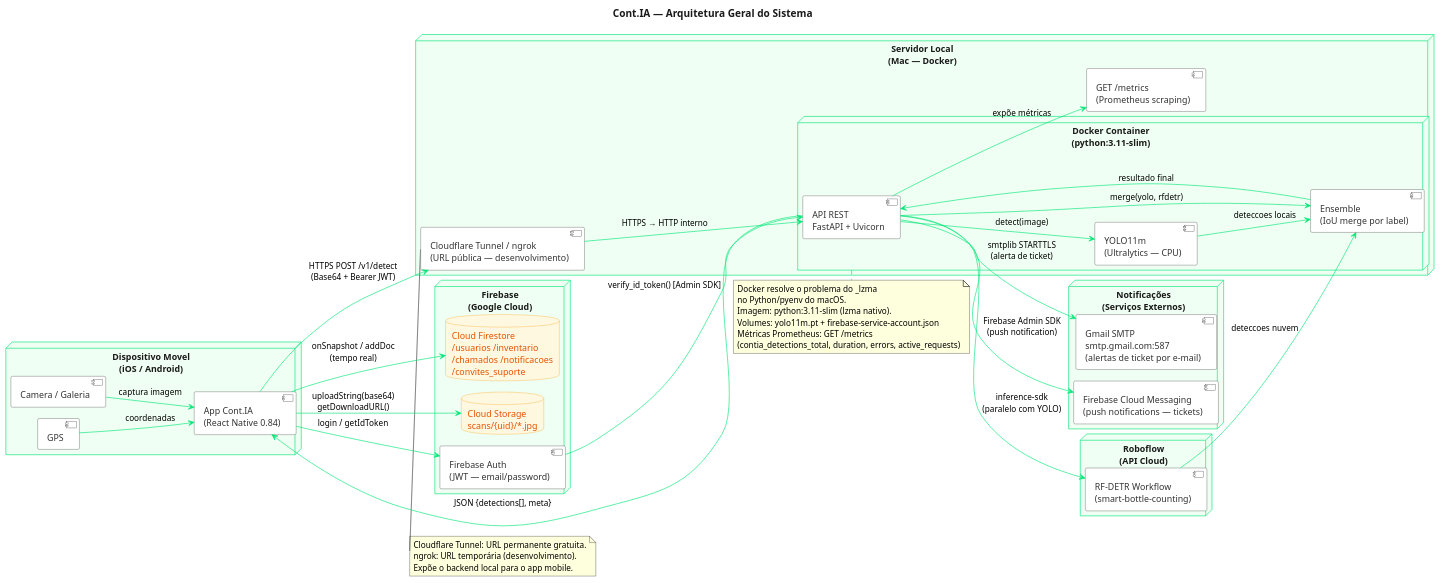
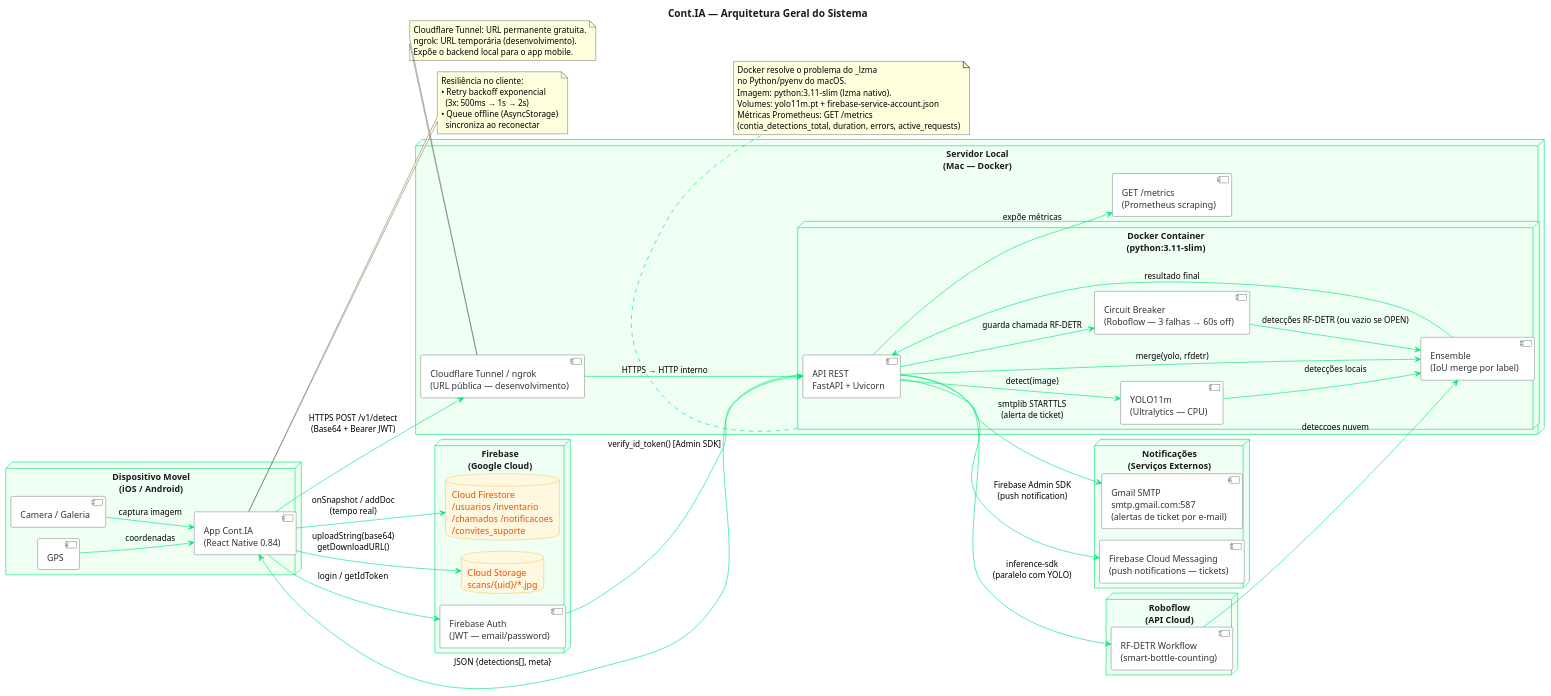
Before and after one commit to JuBertoldo/cont-ia: the diagram in docs/diagramas/07_arquitetura.puml, drawn with PlantUML. The commit also changed 9 other files, not shown here.

First line of the commit message:
feat: resiliência de nível produção — retry, offline queue, circuit breaker e índices

```diff
--- a/docs/diagramas/07_arquitetura.puml
+++ b/docs/diagramas/07_arquitetura.puml
@@ -1,106 +1,117 @@
 @startuml 07_arquitetura
 !pragma layout smetana
 title Cont.IA — Arquitetura Geral do Sistema
 
 skinparam backgroundColor #FFFFFF
 skinparam nodeBackgroundColor #F0FFF4
 skinparam nodeBorderColor #00E676
 skinparam nodeFontColor #1A1A1A
 skinparam componentBackgroundColor #FFFFFF
 skinparam componentBorderColor #333333
 skinparam componentFontColor #333333
 skinparam arrowColor #00E676
 skinparam titleFontColor #1A1A1A
 skinparam titleFontSize 16
 skinparam databaseBackgroundColor #FFF8E1
 skinparam databaseBorderColor #F59E0B
 skinparam databaseFontColor #E65100
 
 left to right direction
 
 ' ── App Mobile ───────────────────────────────────────────────────────────────
 
 node "Dispositivo Movel\n(iOS / Android)" as MOBILE {
     component "App Cont.IA\n(React Native 0.84)" as APP
     component "Camera / Galeria" as CAM
     component "GPS" as GPS
     CAM --> APP : captura imagem
     GPS --> APP : coordenadas
 }
 
 ' ── Infraestrutura do Backend ────────────────────────────────────────────────
 
 node "Servidor Local\n(Mac — Docker)" as SERVER {
 
     node "Docker Container\n(python:3.11-slim)" as DOCKER {
         component "API REST\nFastAPI + Uvicorn" as API
         component "YOLO11m\n(Ultralytics — CPU)" as YOLO
         component "Ensemble\n(IoU merge por label)" as NMS
+        component "Circuit Breaker\n(Roboflow — 3 falhas → 60s off)" as CB
 
         API --> YOLO : detect(image)
+        API --> CB : guarda chamada RF-DETR
+        CB --> NMS : detecções RF-DETR (ou vazio se OPEN)
         API --> NMS : merge(yolo, rfdetr)
-        YOLO --> NMS : deteccoes locais
+        YOLO --> NMS : detecções locais
     }
 
     component "Cloudflare Tunnel / ngrok\n(URL pública — desenvolvimento)" as TUNNEL
     component "GET /metrics\n(Prometheus scraping)" as METRICS
     TUNNEL --> API : HTTPS → HTTP interno
     API --> METRICS : expõe métricas
 }
 
 ' ── Servicos de Notificacao (externos, acionados pelo backend) ───────────────
 
 node "Notificações\n(Serviços Externos)" as NOTIF {
     component "Gmail SMTP\nsmtp.gmail.com:587\n(alertas de ticket por e-mail)" as GMAIL
     component "Firebase Cloud Messaging\n(push notifications — tickets)" as FCM_PUSH
 }
 
 ' ── Roboflow (API externa) ───────────────────────────────────────────────────
 
 node "Roboflow\n(API Cloud)" as ROBOFLOW {
     component "RF-DETR Workflow\n(smart-bottle-counting)" as RFDETR
 }
 
 ' ── Firebase (Google Cloud) ──────────────────────────────────────────────────
 
 node "Firebase\n(Google Cloud)" as FIREBASE {
     database "Cloud Firestore\n/usuarios /inventario\n/chamados /notificacoes\n/convites_suporte" as FS
     database "Cloud Storage\nscans/{uid}/*.jpg" as STORAGE
     component "Firebase Auth\n(JWT — email/password)" as AUTH
 }
 
 ' ── Conexoes ─────────────────────────────────────────────────────────────────
 
 APP --> TUNNEL : HTTPS POST /v1/detect\n(Base64 + Bearer JWT)
 API --> RFDETR : inference-sdk\n(paralelo com YOLO)
 RFDETR --> NMS : deteccoes nuvem
 NMS --> API : resultado final
 API --> APP : JSON {detections[], meta}
 
 APP --> AUTH : login / getIdToken
 AUTH --> API : verify_id_token() [Admin SDK]
 
 API --> GMAIL : smtplib STARTTLS\n(alerta de ticket)
 API --> FCM_PUSH : Firebase Admin SDK\n(push notification)
 
 APP --> FS : onSnapshot / addDoc\n(tempo real)
 APP --> STORAGE : uploadString(base64)\ngetDownloadURL()
 
+note right of APP
+  Resiliência no cliente:
+  • Retry backoff exponencial
+    (3x: 500ms → 1s → 2s)
+  • Queue offline (AsyncStorage)
+    sincroniza ao reconectar
+end note
+
 ' ── Nota ─────────────────────────────────────────────────────────────────────
 
 note bottom of DOCKER
   Docker resolve o problema do _lzma
   no Python/pyenv do macOS.
   Imagem: python:3.11-slim (lzma nativo).
   Volumes: yolo11m.pt + firebase-service-account.json
   Métricas Prometheus: GET /metrics
   (contia_detections_total, duration, errors, active_requests)
 end note
 
 note bottom of TUNNEL
   Cloudflare Tunnel: URL permanente gratuita.
   ngrok: URL temporária (desenvolvimento).
   Expõe o backend local para o app mobile.
 end note
 
 @enduml
```
